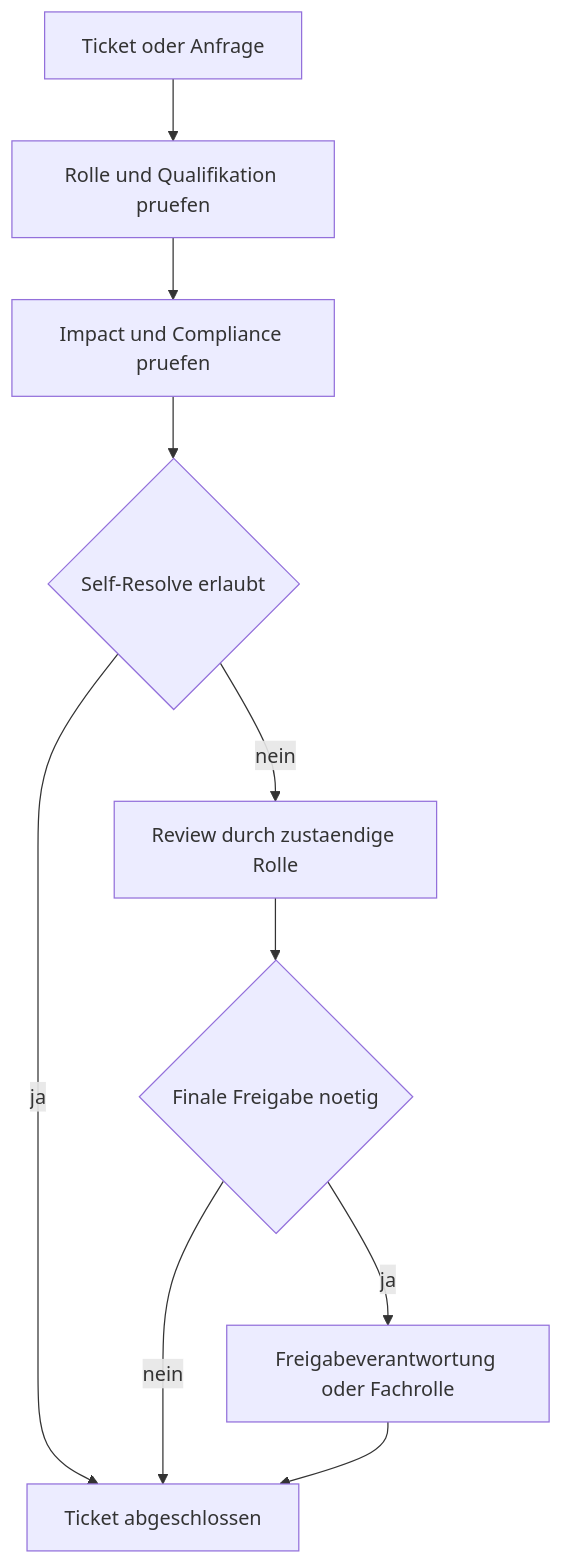
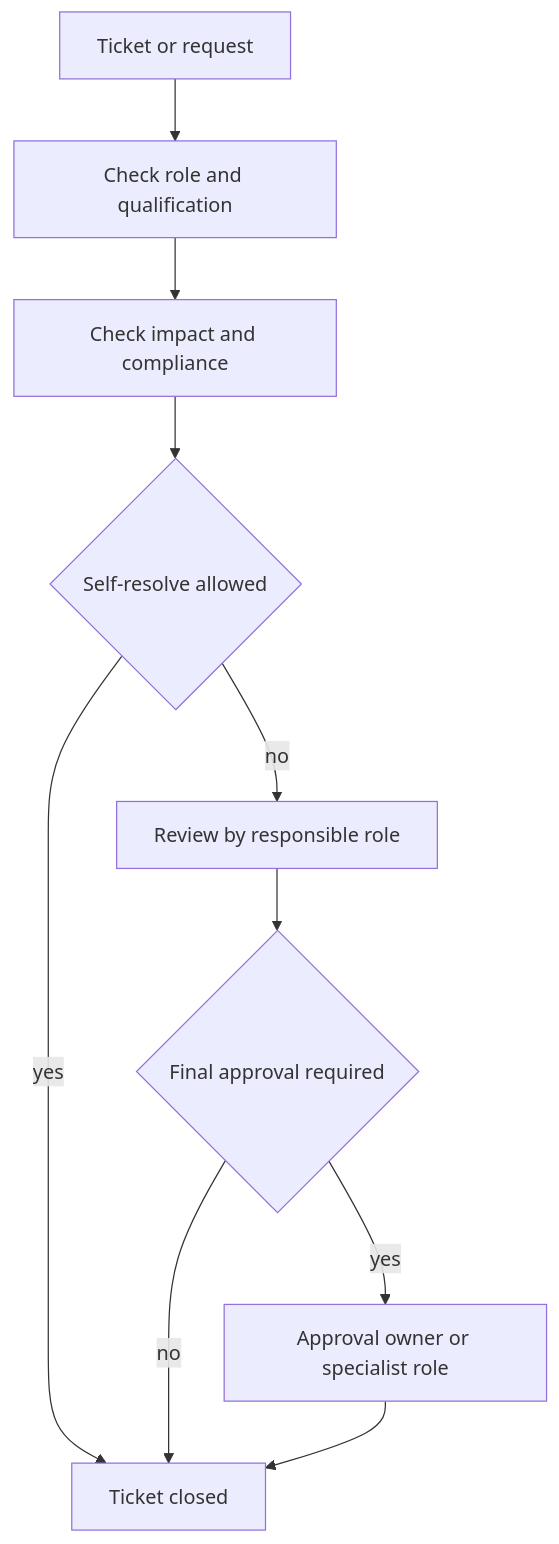
One commit to notariat8/NaC changed the diagram in docs/en/role-model.md. Above: the diagram before and after it, drawn with Mermaid. The commit also changed other lines of this file and 67 other files, not shown here.

````diff
--- a/docs/en/role-model.md
+++ b/docs/en/role-model.md
@@ -53,12 +58,12 @@
 ```mermaid
 flowchart TD
-    Event[Ticket oder Anfrage] --> RoleCheck[Rolle und Qualifikation pruefen]
-    RoleCheck --> ImpactCheck[Impact und Compliance pruefen]
-    ImpactCheck --> SelfResolve{Self-Resolve erlaubt}
-    SelfResolve -->|ja| Done[Ticket abgeschlossen]
-    SelfResolve -->|nein| Review[Review durch zustaendige Rolle]
-    Review --> Approval{Finale Freigabe noetig}
-    Approval -->|ja| Approver[Freigabeverantwortung oder Fachrolle]
-    Approval -->|nein| Done
+    Event[Ticket or request] --> RoleCheck[Check role and qualification]
+    RoleCheck --> ImpactCheck[Check impact and compliance]
+    ImpactCheck --> SelfResolve{Self-resolve allowed}
+    SelfResolve -->|yes| Done[Ticket closed]
+    SelfResolve -->|no| Review[Review by responsible role]
+    Review --> Approval{Final approval required}
+    Approval -->|yes| Approver[Approval owner or specialist role]
+    Approval -->|no| Done
     Approver --> Done
 ```
````
